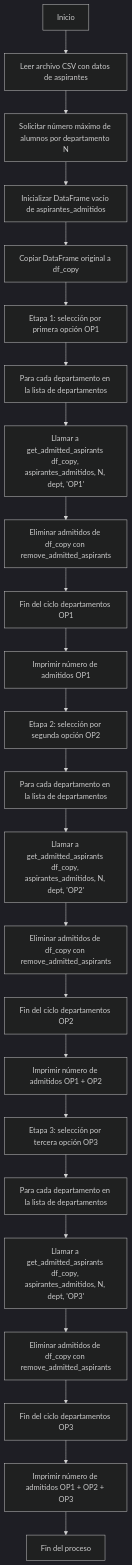
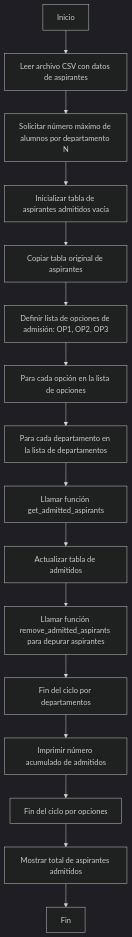
The diagram in Unidad_3/Proyecto_3_algoritmo.mermaid (vshalisko/PythonIntro), drawn with Mermaid (dark theme) before and after one commit.

```diff
--- a/Unidad_3/Proyecto_3_algoritmo.mermaid
+++ b/Unidad_3/Proyecto_3_algoritmo.mermaid
@@ -1,28 +1,19 @@
 flowchart TD
 
 A[Inicio] --> B[Leer archivo CSV con datos de aspirantes]
 B --> C[Solicitar número máximo de alumnos por departamento N]
-C --> D[Inicializar DataFrame vacío de aspirantes_admitidos]
-D --> E[Copiar DataFrame original a df_copy]
+C --> D[Inicializar tabla de aspirantes admitidos vacía]
+D --> E[Copiar tabla original de aspirantes]
+E --> F[Definir lista de opciones de admisión: OP1, OP2, OP3]
 
-E --> F1[Etapa 1: selección por primera opción OP1]
-F1 --> G1[Para cada departamento en la lista de departamentos]
-G1 --> H1[Llamar a get_admitted_aspirants df_copy, aspirantes_admitidos, N, dept, 'OP1' ]
-H1 --> I1[Eliminar admitidos de df_copy con remove_admitted_aspirants]
-I1 --> J1[Fin del ciclo departamentos OP1]
-J1 --> K1[Imprimir número de admitidos OP1]
+F --> G[Para cada opción en la lista de opciones]
+G --> H[Para cada departamento en la lista de departamentos]
+H --> I[Llamar función get_admitted_aspirants]
+I --> J[Actualizar tabla de admitidos]
+J --> K[Llamar función remove_admitted_aspirants para depurar aspirantes]
+K --> L[Fin del ciclo por departamentos]
+L --> M[Imprimir número acumulado de admitidos]
+M --> N[Fin del ciclo por opciones]
 
-K1 --> F2[Etapa 2: selección por segunda opción OP2]
-F2 --> G2[Para cada departamento en la lista de departamentos]
-G2 --> H2[Llamar a get_admitted_aspirants df_copy, aspirantes_admitidos, N, dept, 'OP2' ]
-H2 --> I2[Eliminar admitidos de df_copy con remove_admitted_aspirants]
-I2 --> J2[Fin del ciclo departamentos OP2]
-J2 --> K2[Imprimir número de admitidos OP1 + OP2]
-
-K2 --> F3[Etapa 3: selección por tercera opción OP3]
-F3 --> G3[Para cada departamento en la lista de departamentos]
-G3 --> H3[Llamar a get_admitted_aspirants df_copy, aspirantes_admitidos, N, dept, 'OP3' ]
-H3 --> I3[Eliminar admitidos de df_copy con remove_admitted_aspirants]
-I3 --> J3[Fin del ciclo departamentos OP3]
-J3 --> K3[Imprimir número de admitidos OP1 + OP2 + OP3]
-K3 --> L[Fin del proceso]
+N --> O[Mostrar total de aspirantes admitidos]
+O --> P[Fin]
```
